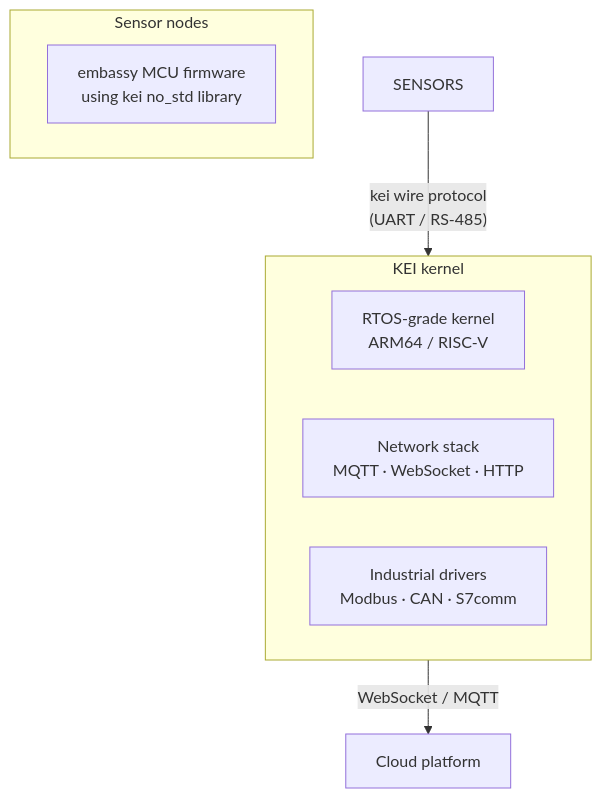
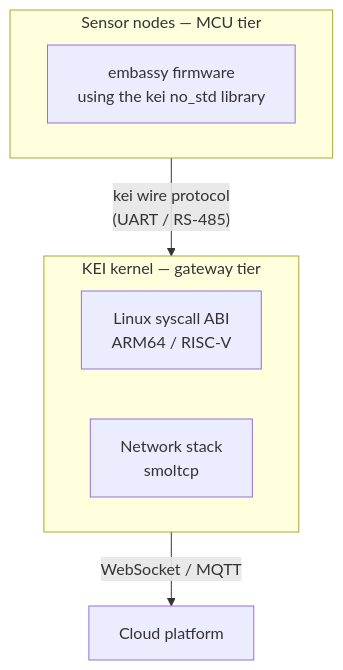
The diagram in README.md (celestia-island/kei), drawn with Mermaid before and after one commit. The commit also changed other lines of this file and 62 other files, not shown here.

First line of the commit message:
📝 Reposition kei as an independent kernel and detach it from upstream. (#76)

````diff
--- a/README.md
+++ b/README.md
@@ -39,13 +42,12 @@
 ```mermaid
 flowchart TB
-    subgraph Gateway["KEI kernel"]
-        KERN["RTOS-grade kernel\nARM64 / RISC-V"]
-        NET["Network stack\nMQTT · WebSocket · HTTP"]
-        DRV["Industrial drivers\nModbus · CAN · S7comm"]
+    subgraph Gateway["KEI kernel — gateway tier"]
+        KERN["Linux syscall ABI\nARM64 / RISC-V"]
+        NET["Network stack\nsmoltcp"]
     end
-    subgraph Sensors["Sensor nodes"]
-        EMB["embassy MCU firmware\nusing kei no_std library"]
+    subgraph Sensors["Sensor nodes — MCU tier"]
+        EMB["embassy firmware\nusing the kei no_std library"]
     end
-    SENSORS -->|"kei wire protocol\n(UART / RS-485)"| Gateway
+    Sensors -->|"kei wire protocol\n(UART / RS-485)"| Gateway
     Gateway -->|"WebSocket / MQTT"| CLOUD["Cloud platform"]
 ```
````
